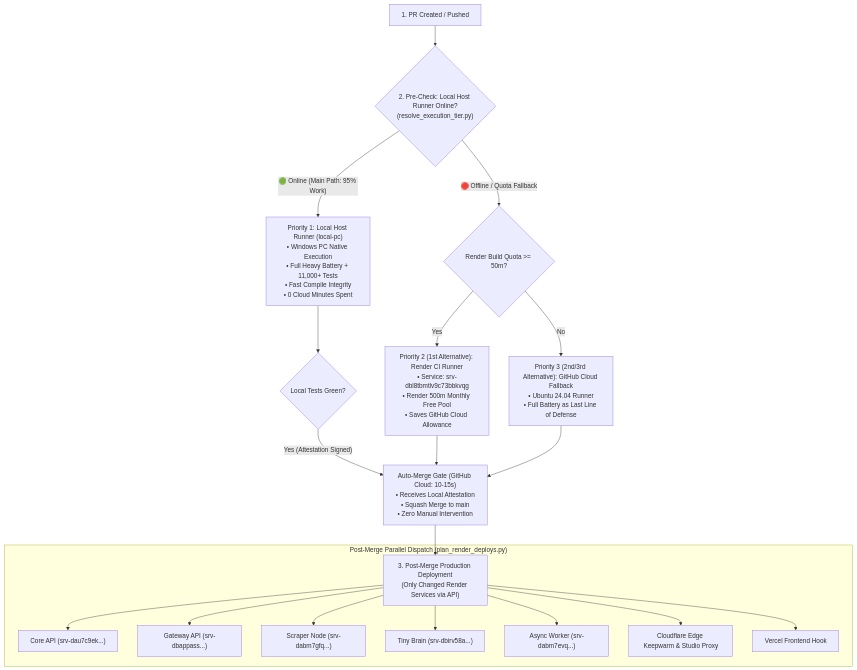
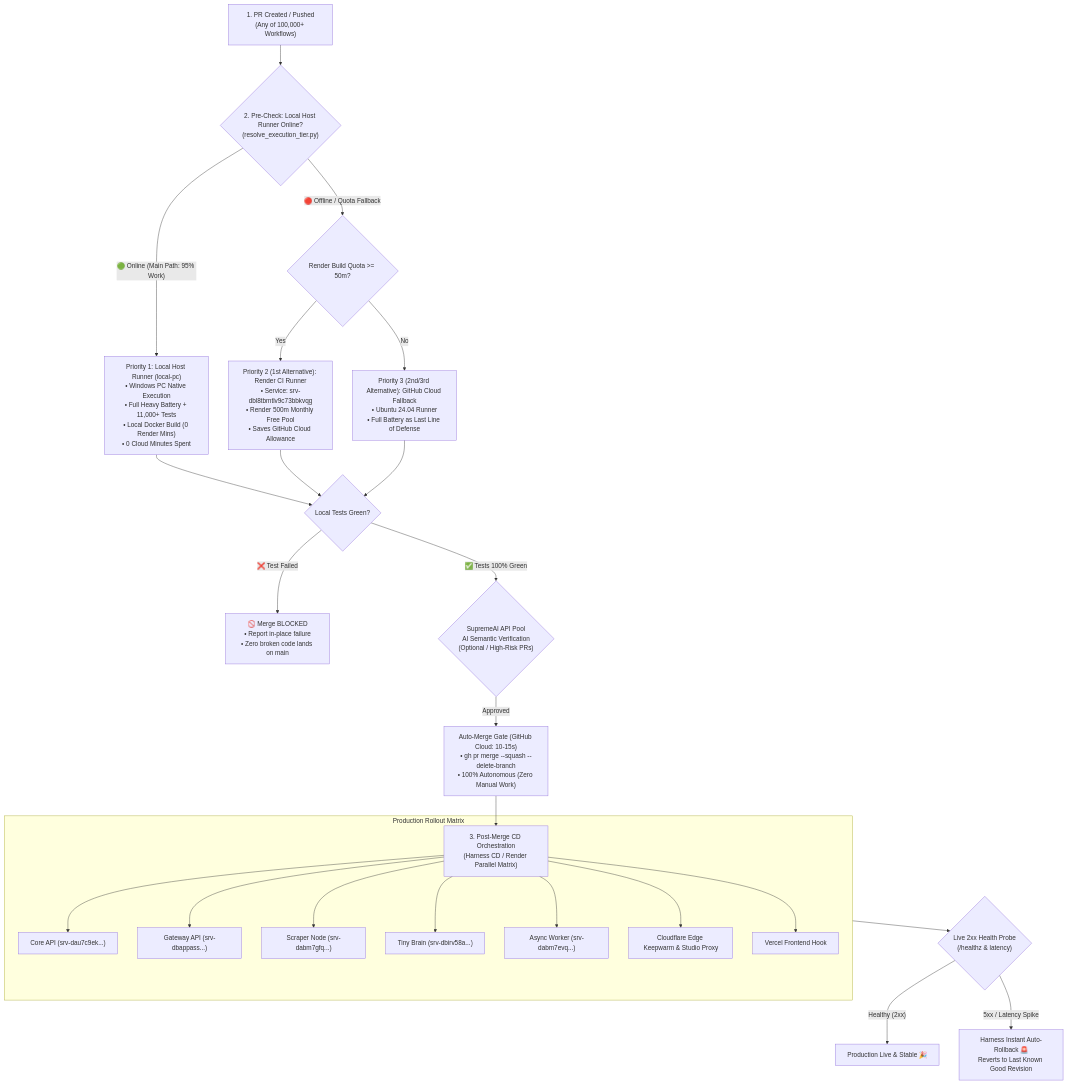
The diagram in docs/PR_TO_PRODUCTION_LIFECYCLE.md (Supremeai-bd/supremeai), drawn with Mermaid before and after one commit. The commit also changed other lines of this file and 2 other files, not shown here.

Commit message:
docs(ci): unify harness cd engine and ai verification gate into pr lifecycle ssot (#544)

````diff
--- a/docs/PR_TO_PRODUCTION_LIFECYCLE.md
+++ b/docs/PR_TO_PRODUCTION_LIFECYCLE.md
@@ -18,30 +20,39 @@
 ```mermaid
 flowchart TD
-    PR["1. PR Created / Pushed"] --> TierCheck{"2. Pre-Check: Local Host Runner Online?\n(resolve_execution_tier.py)"}
+    PR["1. PR Created / Pushed\n(Any of 100,000+ Workflows)"] --> TierCheck{"2. Pre-Check: Local Host Runner Online?\n(resolve_execution_tier.py)"}
     
-    TierCheck -- "🟢 Online (Main Path: 95% Work)" --> LocalPC["Priority 1: Local Host Runner (local-pc)\n• Windows PC Native Execution\n• Full Heavy Battery + 11,000+ Tests\n• Fast Compile Integrity\n• 0 Cloud Minutes Spent"]
+    TierCheck -- "🟢 Online (Main Path: 95% Work)" --> LocalPC["Priority 1: Local Host Runner (local-pc)\n• Windows PC Native Execution\n• Full Heavy Battery + 11,000+ Tests\n• Local Docker Build (0 Render Mins)\n• 0 Cloud Minutes Spent"]
     
     LocalPC --> LocalPassed{"Local Tests Green?"}
-    LocalPassed -- "Yes (Attestation Signed)" --> CloudMerge["Auto-Merge Gate (GitHub Cloud: 10-15s)\n• Receives Local Attestation\n• Squash Merge to main\n• Zero Manual Intervention"]
     
     TierCheck -- "🔴 Offline / Quota Fallback" --> CheckRender{"Render Build Quota >= 50m?"}
     
     CheckRender -- "Yes" --> RenderCI["Priority 2 (1st Alternative): Render CI Runner\n• Service: srv-dbl8tbmtlv9c73bbkvqg\n• Render 500m Monthly Free Pool\n• Saves GitHub Cloud Allowance"]
     
     CheckRender -- "No" --> GitHubHeavy["Priority 3 (2nd/3rd Alternative): GitHub Cloud Fallback\n• Ubuntu 24.04 Runner\n• Full Battery as Last Line of Defense"]
     
-    RenderCI --> CloudMerge
-    GitHubHeavy --> CloudMerge
+    RenderCI --> LocalPassed
+    GitHubHeavy --> LocalPassed
     
-    CloudMerge --> PostMerge["3. Post-Merge Production Deployment\n(Only Changed Render Services via API)"]
+    LocalPassed -- "❌ Test Failed" --> BlockMerge["🚫 Merge BLOCKED\n• Report in-place failure\n• Zero broken code lands on main"]
     
-    subgraph S_Deploy["Post-Merge Parallel Dispatch (plan_render_deploys.py)"]
+    LocalPassed -- "✅ Tests 100% Green" --> AIGate{"SupremeAI API Pool\nAI Semantic Verification\n(Optional / High-Risk PRs)"}
+    
+    AIGate -- "Approved" --> CloudMerge["Auto-Merge Gate (GitHub Cloud: 10-15s)\n• gh pr merge --squash --delete-branch\n• 100% Autonomous (Zero Manual Work)"]
+    
+    CloudMerge --> PostMerge["3. Post-Merge CD Orchestration\n(Harness CD / Render Parallel Matrix)"]
+    
+    subgraph CD_Matrix["Production Rollout Matrix"]
         PostMerge --> D_Core["Core API (srv-dau7c9ek...)"]
         PostMerge --> D_API["Gateway API (srv-dbappass...)"]
         PostMerge --> D_Scraper["Scraper Node (srv-dabm7gfq...)"]
         PostMerge --> D_Brain["Tiny Brain (srv-dbirv58a...)"]
         PostMerge --> D_Worker["Async Worker (srv-dabm7evq...)"]
         PostMerge --> D_CF["Cloudflare Edge Keepwarm & Studio Proxy"]
         PostMerge --> D_Vercel["Vercel Frontend Hook"]
     end
+    
+    CD_Matrix --> LiveProbe{"Live 2xx Health Probe\n(/healthz & latency)"}
+    LiveProbe -- "Healthy (2xx)" --> Stable["Production Live & Stable 🎉"]
+    LiveProbe -- "5xx / Latency Spike" --> AutoRollback["Harness Instant Auto-Rollback 🚨\nReverts to Last Known Good Revision"]
 ```
````
